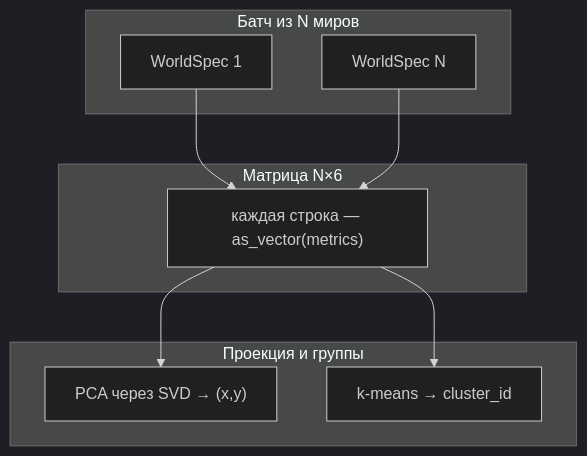
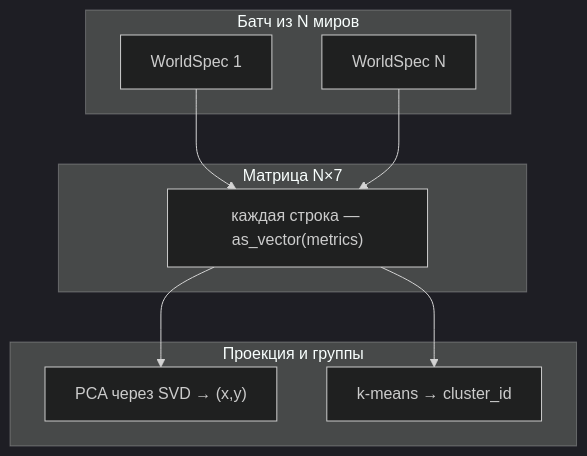
Before and after one commit to Starovoitov/LifeManifold: the seventh of 8 diagrams in docs/WORLDSPACE.md, drawn with Mermaid (dark theme). The commit also changed other lines of this file and 5 other files, not shown here.

````diff
--- a/docs/WORLDSPACE.md
+++ b/docs/WORLDSPACE.md
@@ -296,18 +297,18 @@
 ```mermaid
 flowchart TB
   subgraph batch["Батч из N миров"]
     W1["WorldSpec 1"]
     WN["WorldSpec N"]
   end
-  subgraph metrics_mat["Матрица N×6"]
+  subgraph metrics_mat["Матрица N×7"]
     MROW["каждая строка — as_vector(metrics)"]
   end
   subgraph proj["Проекция и группы"]
     PCA["PCA через SVD → (x,y)"]
     KM["k-means → cluster_id"]
   end
   W1 --> MROW
   WN --> MROW
   MROW --> PCA
   MROW --> KM
 ```
````
